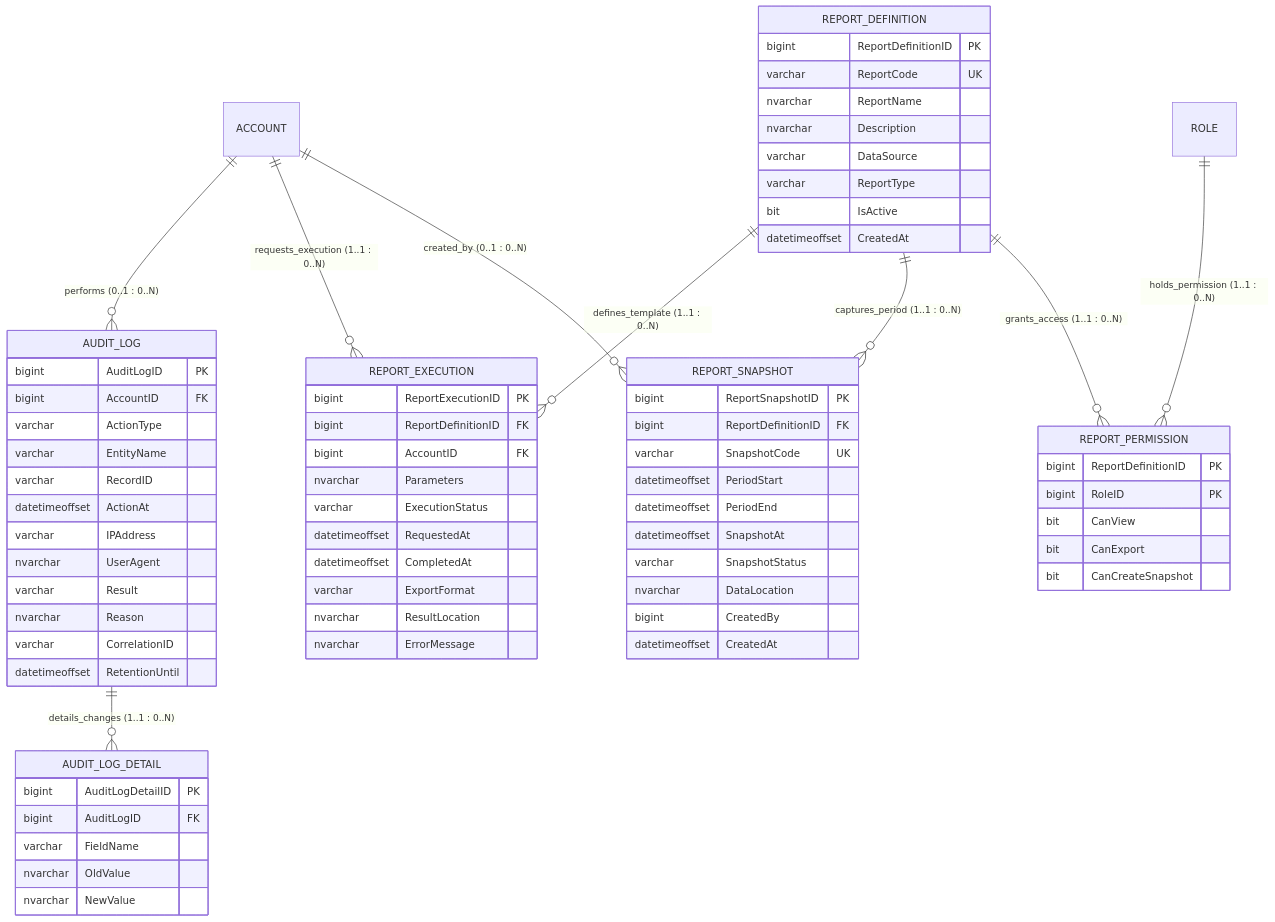
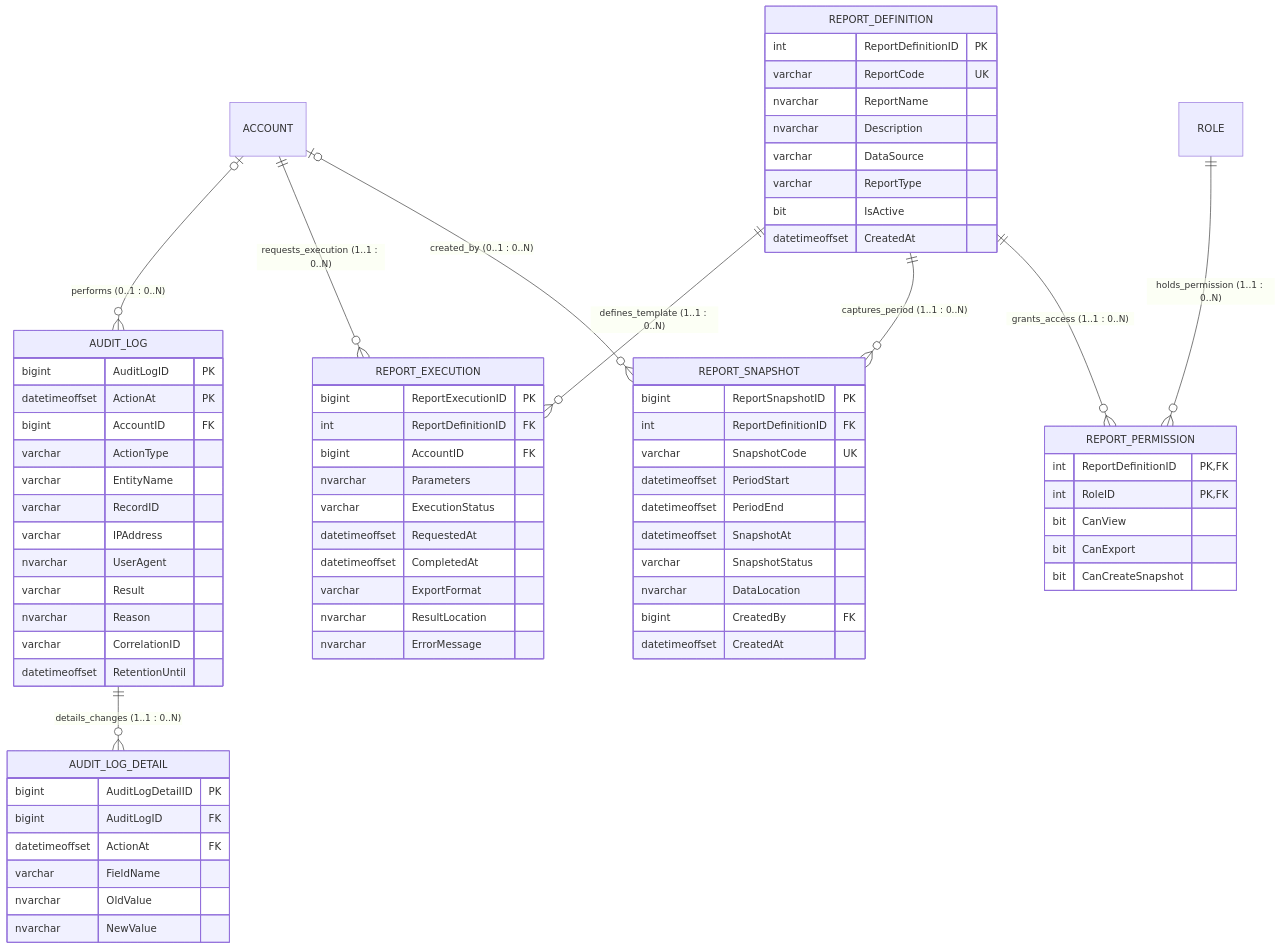
The diagram in docs/erd/mermaid/Audit-Reporting.md (itzchugnn/RetailCore-E-commerce-Management-System), drawn with Mermaid before and after one commit. The commit also changed 42 other files, not shown here.

````diff
--- a/docs/erd/mermaid/Audit-Reporting.md
+++ b/docs/erd/mermaid/Audit-Reporting.md
@@ -1,77 +1,78 @@
 ```mermaid
 erDiagram
-    ACCOUNT ||--o{ AUDIT_LOG : "performs (0..1 : 0..N)"
+    ACCOUNT |o--o{ AUDIT_LOG : "performs (0..1 : 0..N)"
     AUDIT_LOG ||--o{ AUDIT_LOG_DETAIL : "details_changes (1..1 : 0..N)"
 
     REPORT_DEFINITION ||--o{ REPORT_EXECUTION : "defines_template (1..1 : 0..N)"
     ACCOUNT ||--o{ REPORT_EXECUTION : "requests_execution (1..1 : 0..N)"
 
     REPORT_DEFINITION ||--o{ REPORT_SNAPSHOT : "captures_period (1..1 : 0..N)"
-    ACCOUNT ||--o{ REPORT_SNAPSHOT : "created_by (0..1 : 0..N)"
+    ACCOUNT |o--o{ REPORT_SNAPSHOT : "created_by (0..1 : 0..N)"
 
     REPORT_DEFINITION ||--o{ REPORT_PERMISSION : "grants_access (1..1 : 0..N)"
     ROLE ||--o{ REPORT_PERMISSION : "holds_permission (1..1 : 0..N)"
 
     AUDIT_LOG {
         bigint AuditLogID PK
+        datetimeoffset ActionAt PK
         bigint AccountID FK
         varchar ActionType
         varchar EntityName
         varchar RecordID
-        datetimeoffset ActionAt
         varchar IPAddress
         nvarchar UserAgent
         varchar Result
         nvarchar Reason
         varchar CorrelationID
         datetimeoffset RetentionUntil
     }
     AUDIT_LOG_DETAIL {
         bigint AuditLogDetailID PK
         bigint AuditLogID FK
+        datetimeoffset ActionAt FK
         varchar FieldName
         nvarchar OldValue
         nvarchar NewValue
     }
     REPORT_DEFINITION {
-        bigint ReportDefinitionID PK
+        int ReportDefinitionID PK
         varchar ReportCode UK
         nvarchar ReportName
         nvarchar Description
         varchar DataSource
         varchar ReportType
         bit IsActive
         datetimeoffset CreatedAt
     }
     REPORT_EXECUTION {
         bigint ReportExecutionID PK
-        bigint ReportDefinitionID FK
+        int ReportDefinitionID FK
         bigint AccountID FK
         nvarchar Parameters
         varchar ExecutionStatus
         datetimeoffset RequestedAt
         datetimeoffset CompletedAt
         varchar ExportFormat
         nvarchar ResultLocation
         nvarchar ErrorMessage
     }
     REPORT_SNAPSHOT {
         bigint ReportSnapshotID PK
-        bigint ReportDefinitionID FK
+        int ReportDefinitionID FK
         varchar SnapshotCode UK
         datetimeoffset PeriodStart
         datetimeoffset PeriodEnd
         datetimeoffset SnapshotAt
         varchar SnapshotStatus
         nvarchar DataLocation
-        bigint CreatedBy
+        bigint CreatedBy FK
         datetimeoffset CreatedAt
     }
     REPORT_PERMISSION {
-        bigint ReportDefinitionID PK
-        bigint RoleID PK
+        int ReportDefinitionID PK,FK
+        int RoleID PK,FK
         bit CanView
         bit CanExport
         bit CanCreateSnapshot
     }
 ```
````
